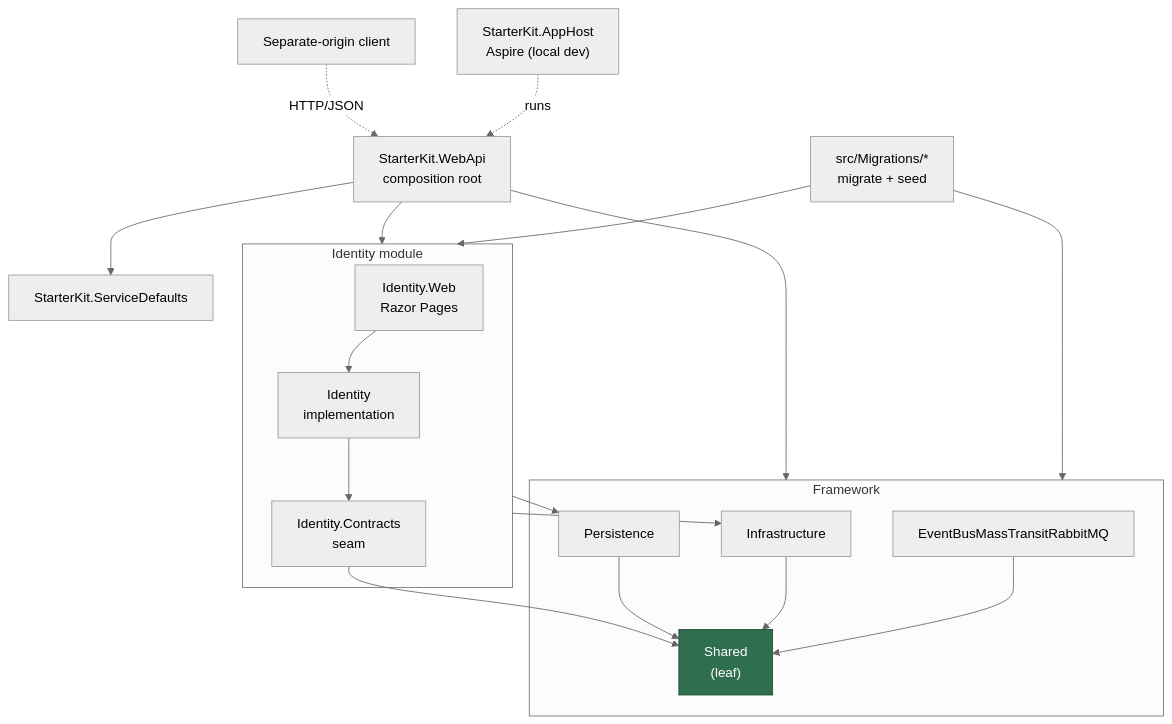
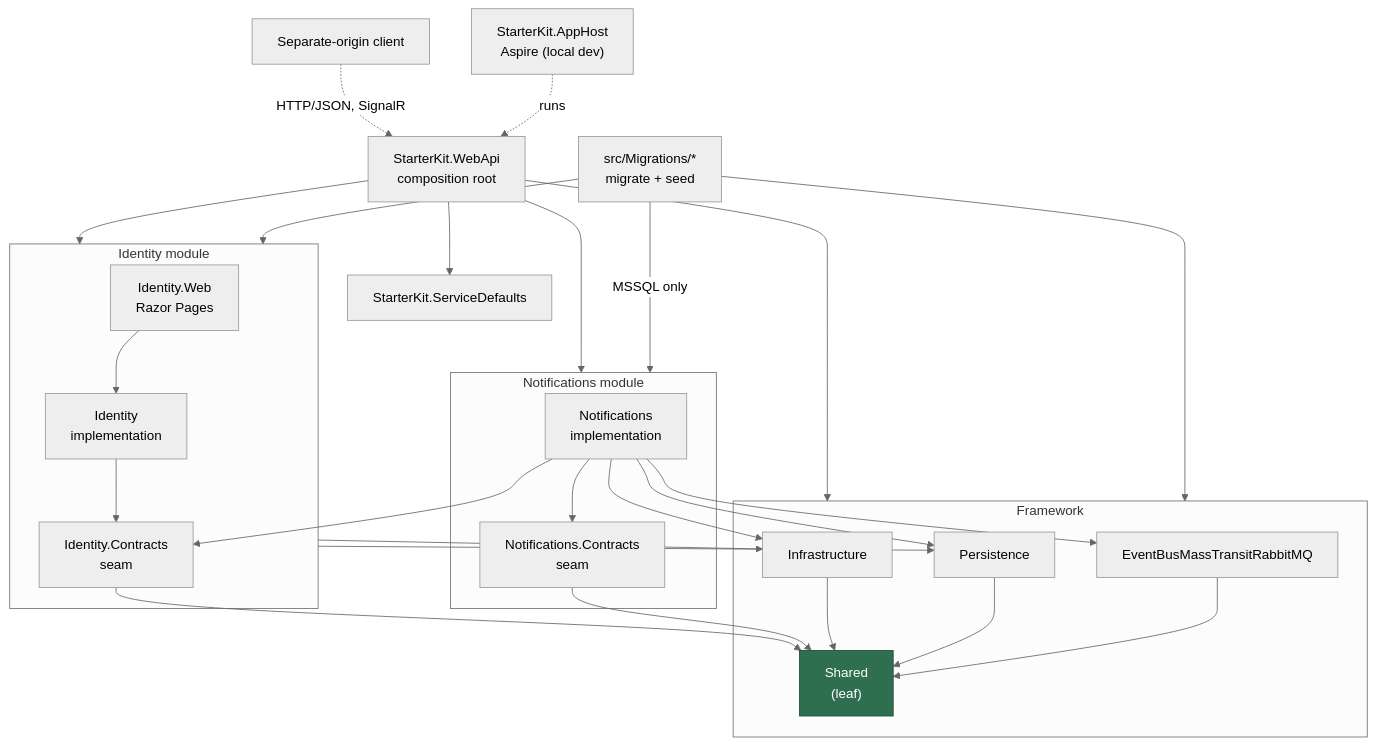
Before and after one commit to lightdotnet/ModularMonolith: the first of 2 diagrams in README.md, drawn with Mermaid (neutral theme). The commit also changed other lines of this file and 23 other files, not shown here.

First line of the commit message:
docs: sync for Notifications module and AppHost Redis/RabbitMQ

````diff
--- a/README.md
+++ b/README.md
@@ -37,37 +41,48 @@
 ```mermaid
 graph TD
     Client["Separate-origin client"]
     AppHost["StarterKit.AppHost<br/>Aspire (local dev)"]
     WebApi["StarterKit.WebApi<br/>composition root"]
     SD["StarterKit.ServiceDefaults"]
     Migrators["src/Migrations/*<br/>migrate + seed"]
 
     subgraph IdentityModule["Identity module"]
         IdW["Identity.Web<br/>Razor Pages"]
         Id["Identity<br/>implementation"]
         IdC["Identity.Contracts<br/>seam"]
     end
 
+    subgraph NotificationsModule["Notifications module"]
+        Nt["Notifications<br/>implementation"]
+        NtC["Notifications.Contracts<br/>seam"]
+    end
+
     subgraph Framework["Framework"]
         Infra["Infrastructure"]
         Persistence["Persistence"]
         Bus["EventBusMassTransitRabbitMQ"]
         Shared["Shared<br/>(leaf)"]
     end
 
-    Client -. HTTP/JSON .-> WebApi
+    Client -. HTTP/JSON, SignalR .-> WebApi
     AppHost -. runs .-> WebApi
     WebApi --> SD
     WebApi --> IdentityModule
+    WebApi --> NotificationsModule
     WebApi --> Framework
     Migrators --> IdentityModule
+    Migrators -- MSSQL only --> NotificationsModule
     Migrators --> Framework
     IdW --> Id
     Id --> IdC
     IdentityModule --> Infra & Persistence
+    Nt --> NtC
+    Nt --> IdC
+    Nt --> Infra & Persistence & Bus
     IdC --> Shared
+    NtC --> Shared
     Infra & Persistence & Bus --> Shared
 
     classDef leaf fill:#2f6f4f,stroke:#1e4a34,color:#fff;
     class Shared leaf;
 ```
````
